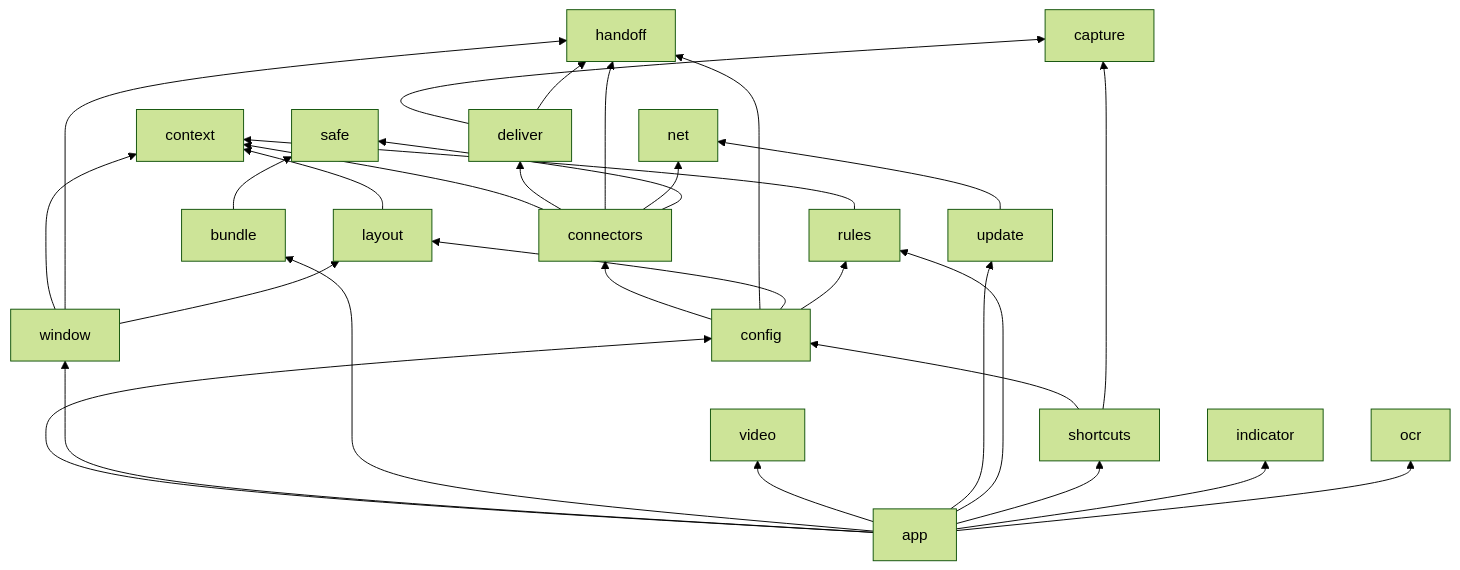
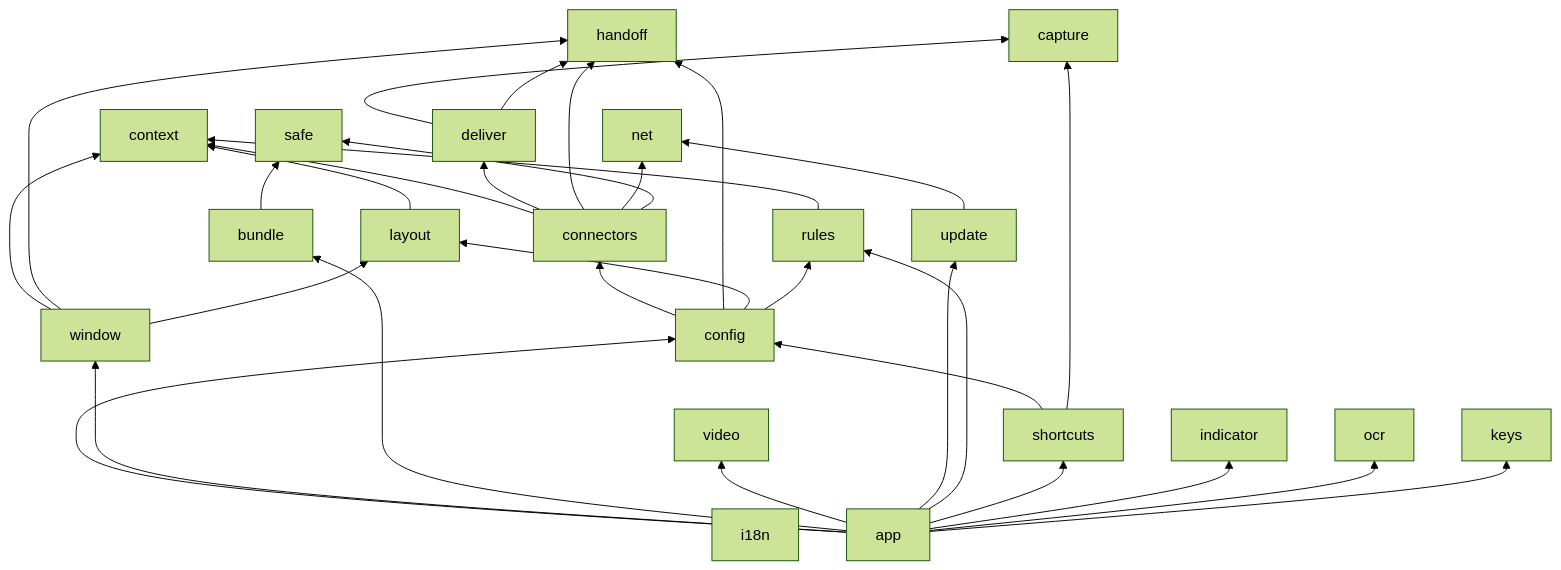
One commit to SotharL/CargoFrame changed the fourth of 6 diagrams in docs/development-plan.md. Above: the diagram before and after it, drawn with Mermaid (forest theme). The commit also changed other lines of this file and 49 other files, not shown here.

````diff
--- a/docs/development-plan.md
+++ b/docs/development-plan.md
@@ -93,15 +187,15 @@
 ```mermaid
 flowchart BT
-    context & safe & handoff & capture & video & indicator & ocr
+    context & safe & handoff & capture & video & indicator & ocr & keys & i18n
     layout --> context
     rules --> context
     window --> context & handoff & layout
     bundle --> safe
     net
     deliver --> capture & handoff
     connectors --> context & deliver & handoff & net & safe
     config --> connectors & handoff & layout & rules
     update --> net
     shortcuts --> config & capture
-    app[app] --> config & window & bundle & video & update & rules & shortcuts & indicator & ocr
+    app[app] --> config & window & bundle & video & update & rules & shortcuts & indicator & ocr & keys
 ```
````
